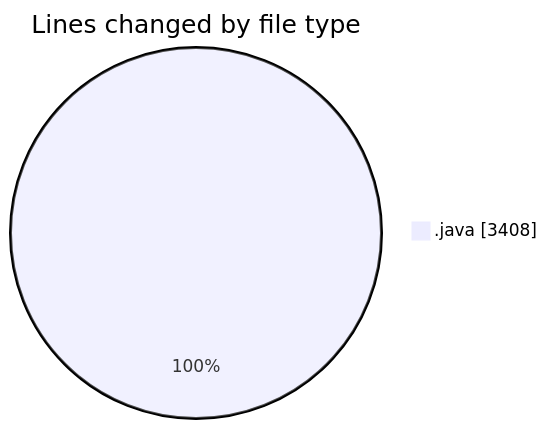
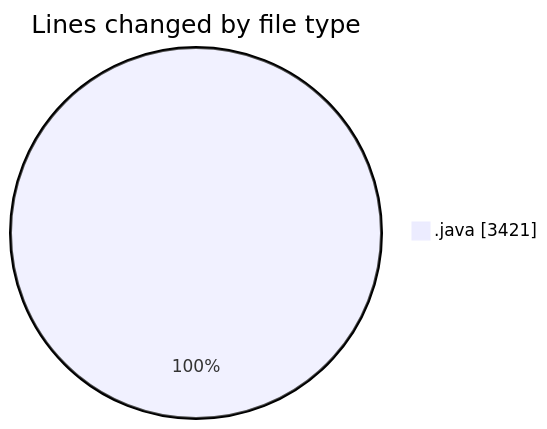
The first of 2 diagrams in 2025-02-21/projet/README.md (Elitesun/code-tracking), drawn with Mermaid before and after one commit. The commit also changed other lines of this file and 1 other file, not shown here.

````diff
--- a/2025-02-21/projet/README.md
+++ b/2025-02-21/projet/README.md
@@ -34,5 +34,5 @@
 ```mermaid
 pie showData
 title Lines changed by file type
-".java" : 3408
+".java" : 3421
 ```
````
